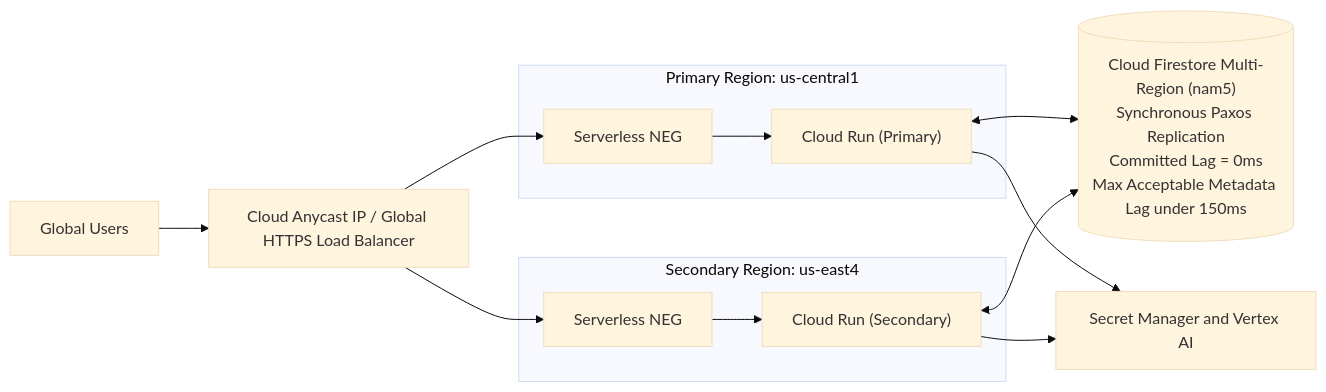
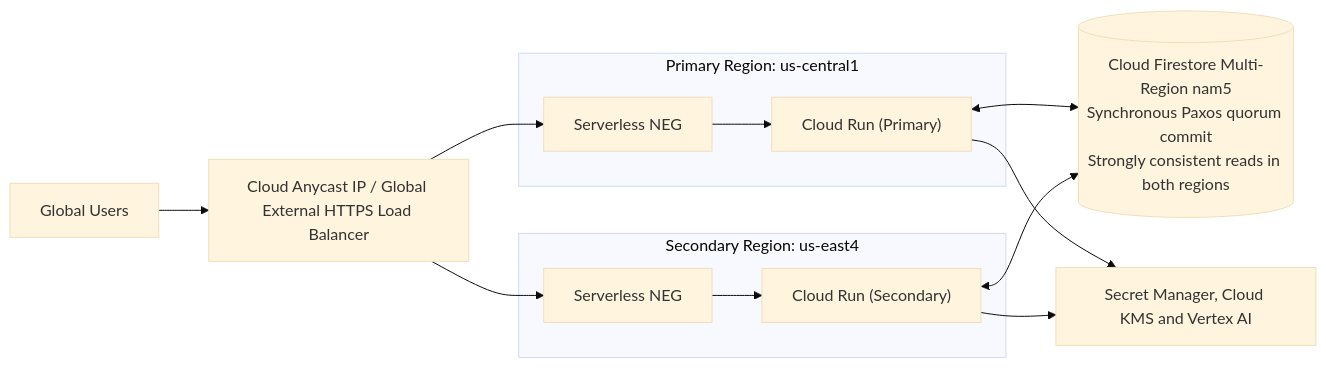
One commit to randyh0329/PRJ-ELEVATE-C1-G5 changed the third of 19 diagrams in Enterprise Agentic Solution Design Document - MVP 1.md. Above: the diagram before and after it, drawn with Mermaid (base theme). The commit also changed other lines of this file, not shown here.

````diff
--- a/Enterprise Agentic Solution Design Document - MVP 1.md
+++ b/Enterprise Agentic Solution Design Document - MVP 1.md
@@ -159,18 +183,18 @@
 ```mermaid
 flowchart LR
-    Users["Global Users"] --> AnycastIP["Cloud Anycast IP / Global HTTPS Load Balancer"]
-    
+    Users["Global Users"] --> AnycastIP["Cloud Anycast IP / Global External HTTPS Load Balancer"]
+
     subgraph RegionPrimary["Primary Region: us-central1"]
         GLB1["Serverless NEG"] --> CR_Primary["Cloud Run (Primary)"]
     end
-    
+
     subgraph RegionSecondary["Secondary Region: us-east4"]
         GLB2["Serverless NEG"] --> CR_Secondary["Cloud Run (Secondary)"]
     end
-    
+
     AnycastIP --> GLB1
     AnycastIP --> GLB2
-    
-    CR_Primary & CR_Secondary <--> MultiRegionFS[("Cloud Firestore Multi-Region (nam5)<br>Synchronous Paxos Replication<br>Committed Lag = 0ms<br>Max Acceptable Metadata Lag under 150ms")]
-    CR_Primary & CR_Secondary --> GlobalVault["Secret Manager and Vertex AI"]
+
+    CR_Primary & CR_Secondary <--> MultiRegionFS[("Cloud Firestore Multi-Region nam5<br>Synchronous Paxos quorum commit<br>Strongly consistent reads in both regions")]
+    CR_Primary & CR_Secondary --> GlobalVault["Secret Manager, Cloud KMS and Vertex AI"]
 ```
````
